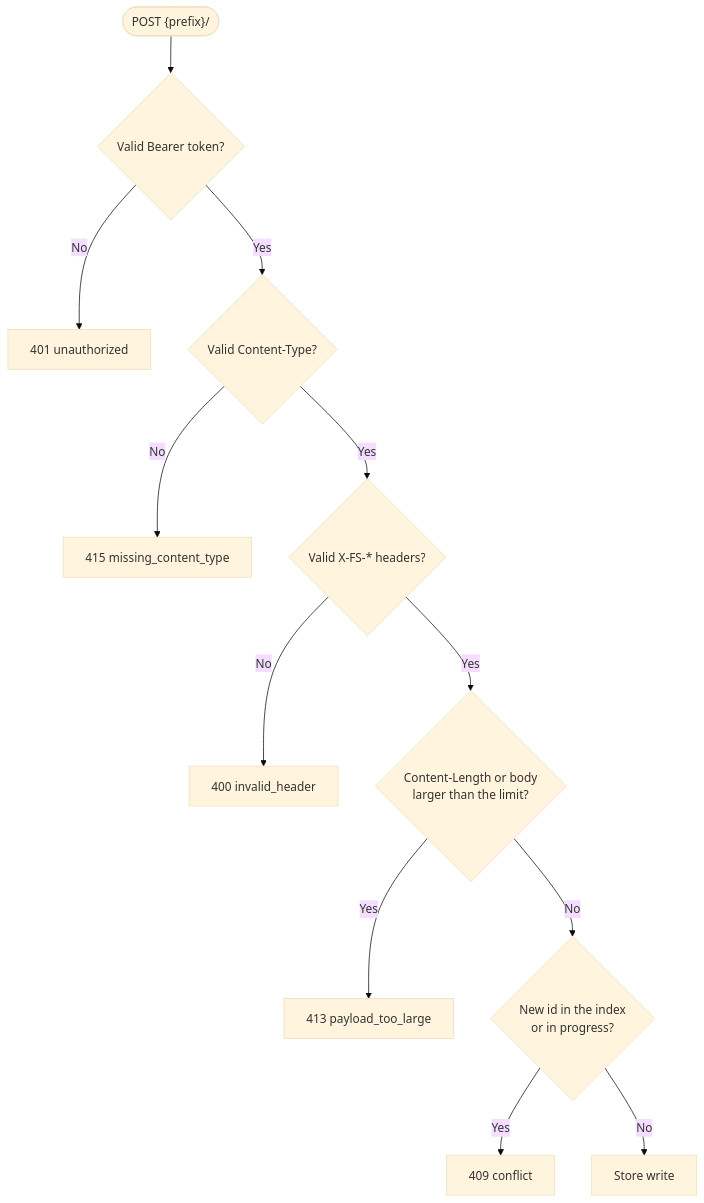
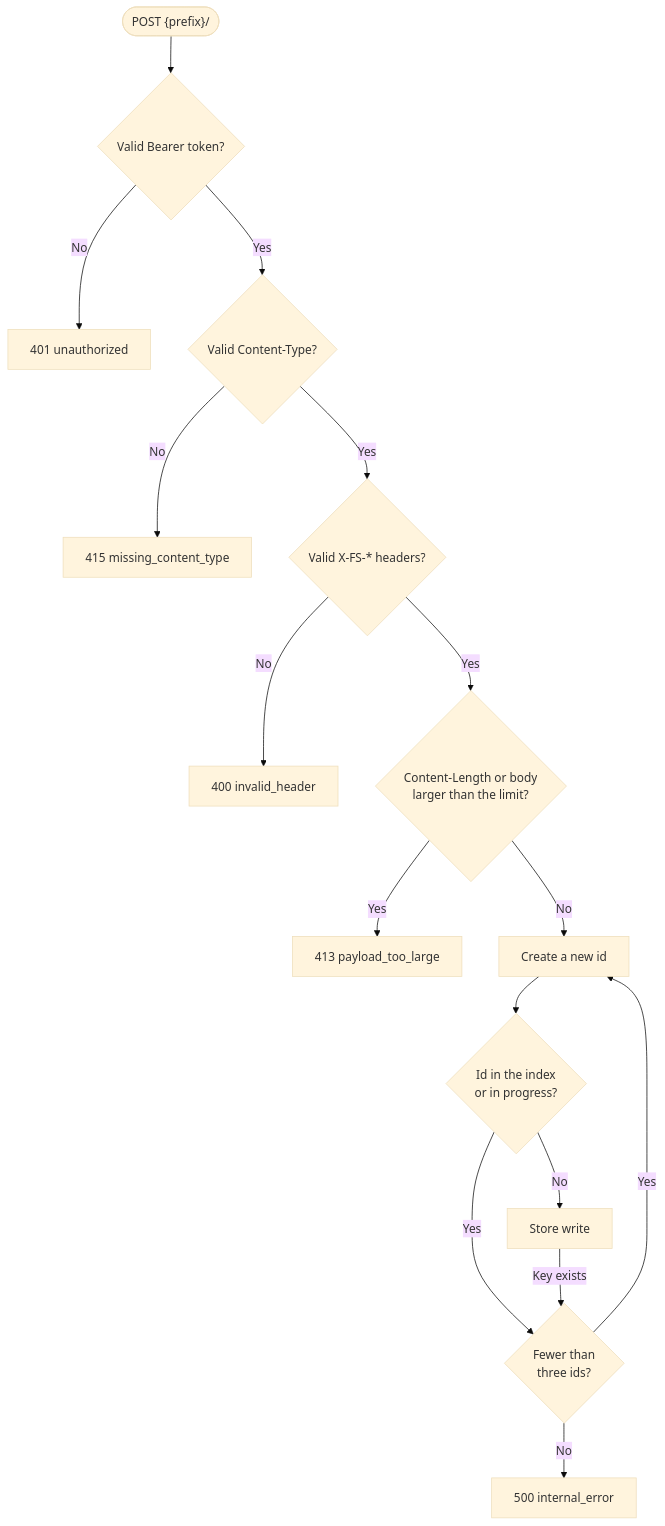
One commit to esukram/fileslop changed the first of 2 diagrams in docs/prds/PRD-upload.md. Above: the diagram before and after it, drawn with Mermaid (base theme). The commit also changed other lines of this file and 20 other files, not shown here.

````diff
--- a/docs/prds/PRD-upload.md
+++ b/docs/prds/PRD-upload.md
@@ -66,14 +65,18 @@
 ```mermaid
 flowchart TD
   req(["POST {prefix}/"]) --> auth{Valid Bearer token?}
   auth -- No --> e401[401 unauthorized]
   auth -- Yes --> ct{Valid Content-Type?}
   ct -- No --> e415[415 missing_content_type]
   ct -- Yes --> hdr{"Valid X-FS-* headers?"}
   hdr -- No --> e400[400 invalid_header]
   hdr -- Yes --> len{"Content-Length or body<br/>larger than the limit?"}
   len -- Yes --> e413[413 payload_too_large]
-  len -- No --> id{"New id in the index<br/>or in progress?"}
-  id -- Yes --> e409[409 conflict]
+  len -- No --> gen[Create a new id]
+  gen --> id{"Id in the index<br/>or in progress?"}
   id -- No --> store[Store write]
+  id -- Yes --> try{"Fewer than<br/>three ids?"}
+  store -- Key exists --> try
+  try -- Yes --> gen
+  try -- No --> e500[500 internal_error]
 ```
````
